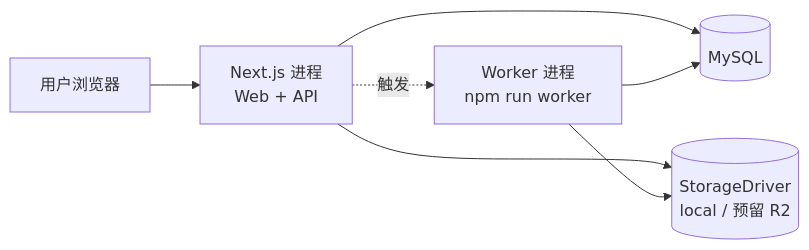
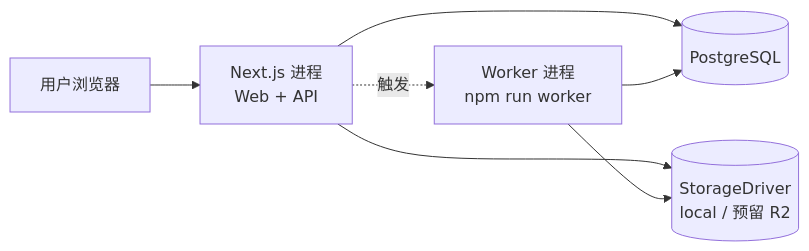
One commit to blue-idea/muoyu changed the second of 9 diagrams in docs/spec/design.md. Above: the diagram before and after it, drawn with Mermaid. The commit also changed other lines of this file and 12 other files, not shown here.

````diff
--- a/docs/spec/design.md
+++ b/docs/spec/design.md
@@ -124,15 +124,15 @@
 ```mermaid
 flowchart LR
     User[用户浏览器]
     Next[Next.js 进程\nWeb + API]
     Worker[Worker 进程\nnpm run worker]
-    MySQL[(MySQL)]
+    PostgreSQL[(PostgreSQL)]
     Store[(StorageDriver\nlocal / 预留 R2)]
 
     User --> Next
-    Next --> MySQL
+    Next --> PostgreSQL
     Next --> Store
-    Worker --> MySQL
+    Worker --> PostgreSQL
     Worker --> Store
     Next -.触发.-> Worker
 ```
````
